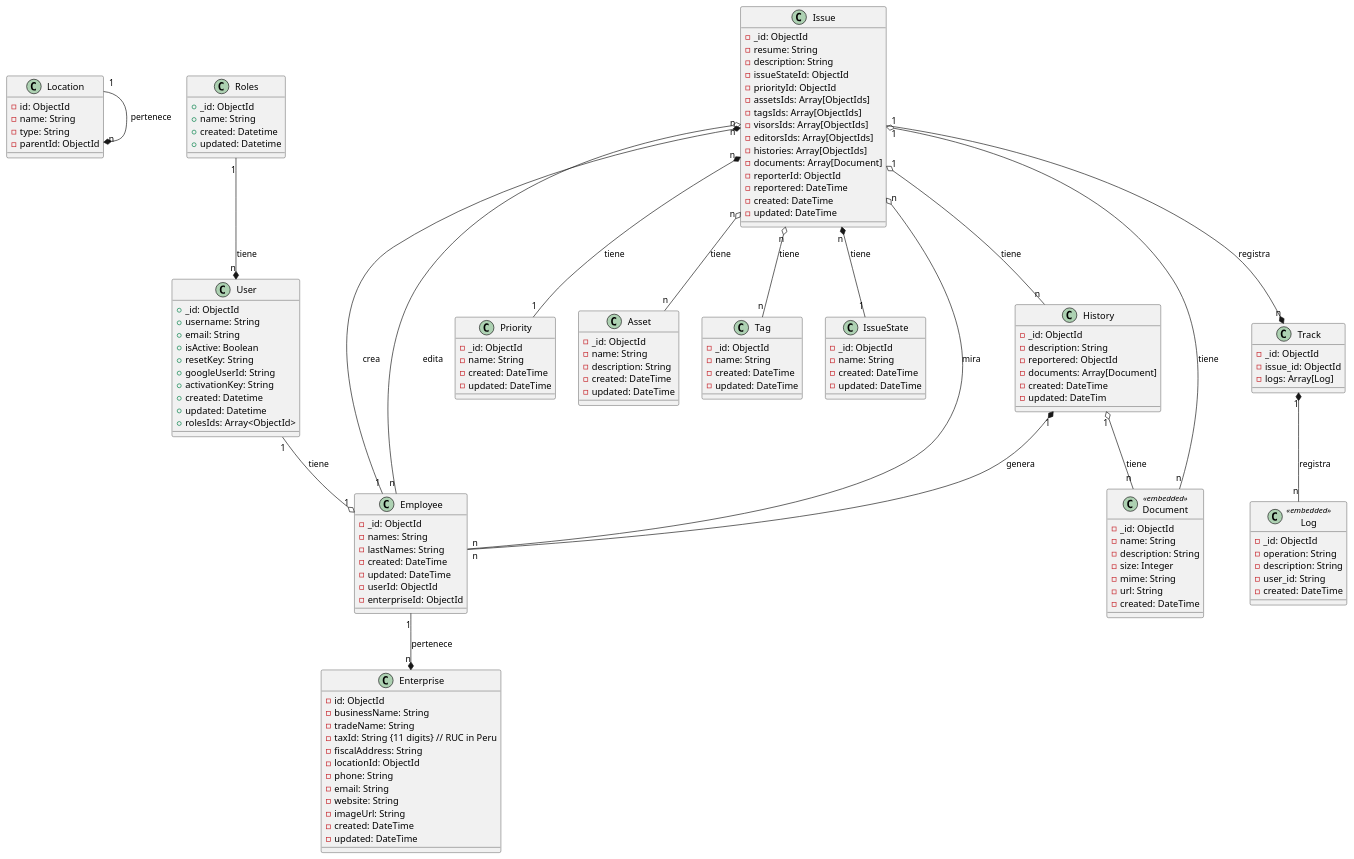
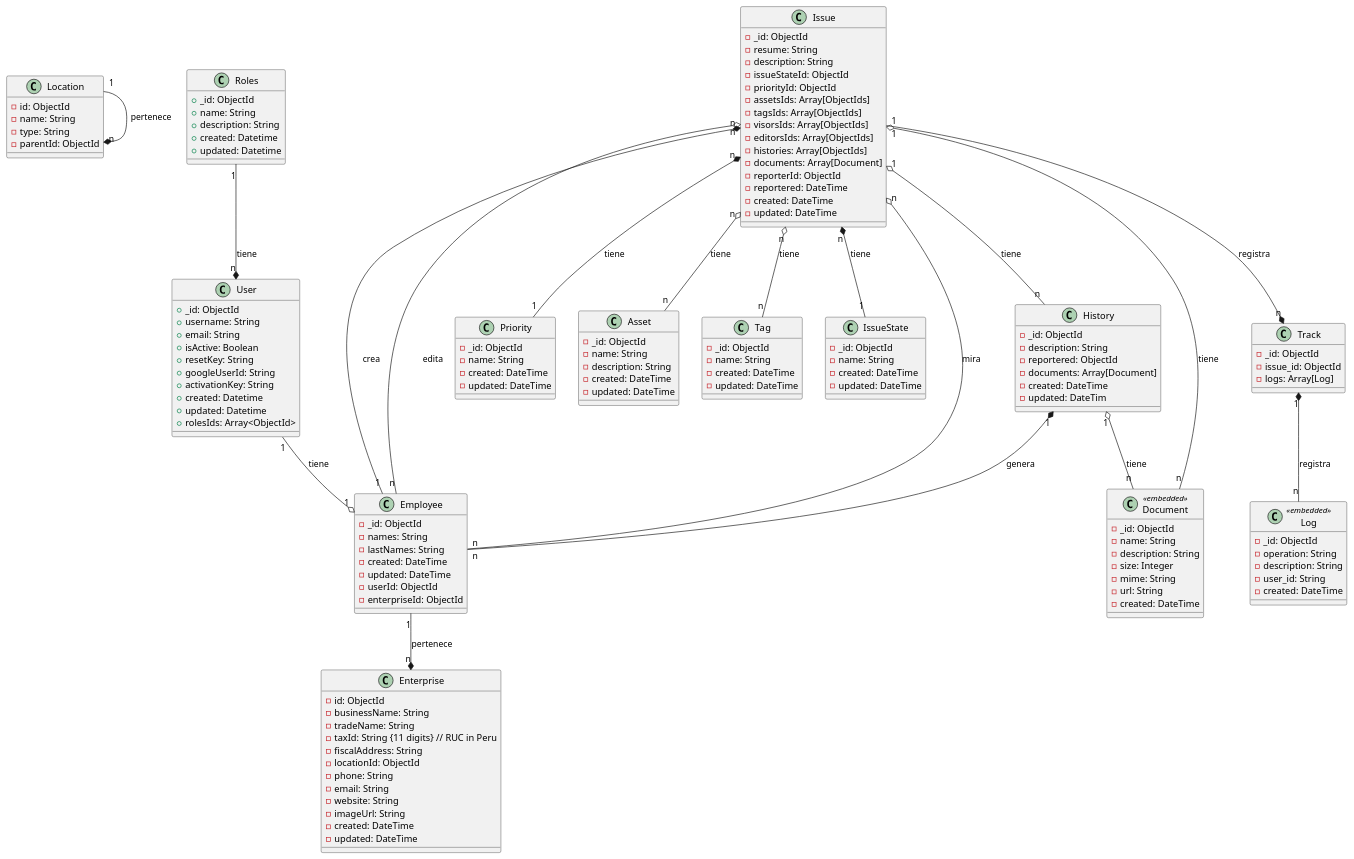
Before and after one commit to pepeul1191/django-mongodb-tickets: the diagram in docs/class diagram.puml, drawn with PlantUML. The commit also changed 10 other files, not shown here.

```diff
--- a/docs/class diagram.puml
+++ b/docs/class diagram.puml
@@ -1,156 +1,157 @@
 @startuml
 
 
 class Location {
   - id: ObjectId
   - name: String
   - type: String
   - parentId: ObjectId
 }
 
 Location "1" --* "n" Location : pertenece
 
 class Enterprise {
   - id: ObjectId
   - businessName: String
   - tradeName: String
   - taxId: String {11 digits} // RUC in Peru
   - fiscalAddress: String
   - locationId: ObjectId
   - phone: String
   - email: String
   - website: String
   - imageUrl: String
   - created: DateTime
   - updated: DateTime
 }
 
 class Employee {
   - _id: ObjectId
   - names: String
   - lastNames: String
   - created: DateTime
   - updated: DateTime
   - userId: ObjectId
   - enterpriseId: ObjectId
 }
 
 Employee "1" --* "n" Enterprise : pertenece
 
 class Priority {
   - _id: ObjectId
   - name: String
   - created: DateTime
   - updated: DateTime
 }
 
 class Asset {
   - _id: ObjectId
   - name: String
   - description: String
   - created: DateTime
   - updated: DateTime
 }
 
 class Tag{
   - _id: ObjectId
   - name: String
   - created: DateTime
   - updated: DateTime
 }
 
 class IssueState {
   - _id: ObjectId
   - name: String
   - created: DateTime
   - updated: DateTime
 }
 
 class Issue {
   - _id: ObjectId
   - resume: String
   - description: String
   - issueStateId: ObjectId
   - priorityId: ObjectId
   - assetsIds: Array[ObjectIds]
   - tagsIds: Array[ObjectIds]
   - visorsIds: Array[ObjectIds]
   - editorsIds: Array[ObjectIds]
   - histories: Array[ObjectIds]
   - documents: Array[Document]
   - reporterId: ObjectId
   - reportered: DateTime
   - created: DateTime
   - updated: DateTime
 }
 
 class History {
   - _id: ObjectId
   - description: String
   - reportered: ObjectId
   - documents: Array[Document]
   - created: DateTime
   - updated: DateTim
 }
 
 class Document <<embedded>>{
   - _id: ObjectId
   - name: String
   - description: String
   - size: Integer
   - mime: String
   - url: String
   - created: DateTime
 }
 
 class Track {
   - _id: ObjectId
   - issue_id: ObjectId
   - logs: Array[Log]
 }
 
 class Log <<embedded>>{
   - _id: ObjectId
   - operation: String
   - description: String
   - user_id: String
   - created: DateTime
 }
 
 class User {
   + _id: ObjectId
   + username: String
   + email: String
   + isActive: Boolean
   + resetKey: String
   + googleUserId: String
   + activationKey: String
   + created: Datetime
   + updated: Datetime
   + rolesIds: Array<ObjectId>
 }
 
 class Roles {
   + _id: ObjectId
   + name: String
+  + description: String
   + created: Datetime
   + updated: Datetime
 }
 
 Issue "n" *-- "1" Employee : crea
 Issue "n" o-- "n" Employee : mira
 Issue "n" o-- "n" Employee : edita
 Issue "n" *-- "1" IssueState : tiene
 Issue "n" *-- "1" Priority : tiene
 Issue "n" o-- "n" Asset : tiene
 Issue "n" o-- "n" Tag : tiene
 Issue "1" o-- "n" History : tiene
 Issue "1" o-- "n" Document : tiene
 History "1" o-- "n" Document : tiene
 History "1" *-- "n" Employee : genera
 Track "1" *-- "n" Log : registra
 Issue "1" --* "n" Track : registra
 Roles "1" --* "n" User : tiene
 User "1" --o "1" Employee : tiene
 
 @enduml
```
